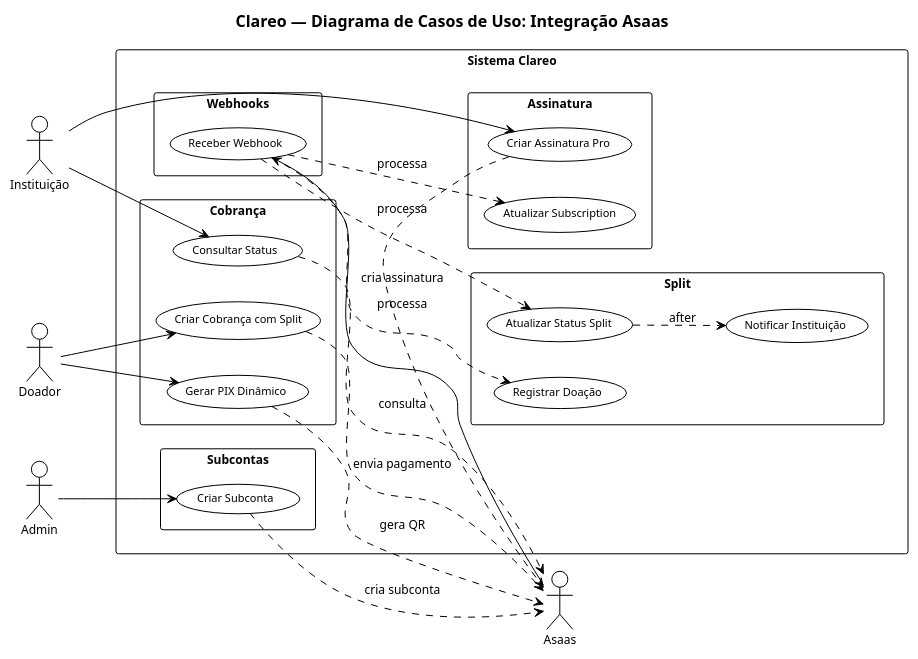
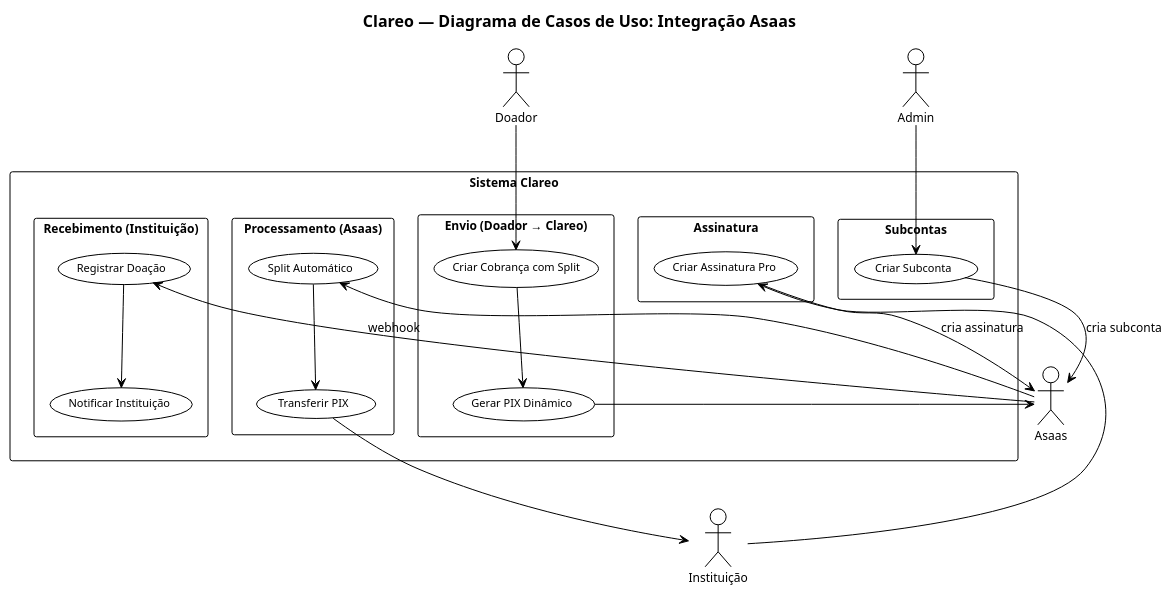
The diagram in doc/asaas/diagramas/05-INTEGRACAO-ASAAS.puml (GabrielHR0/clareo-api), drawn with PlantUML before and after one commit.

Commit message:
docs: simplificar diagrama integração Asaas - fluxo linear limpo

```diff
--- a/doc/asaas/diagramas/05-INTEGRACAO-ASAAS.puml
+++ b/doc/asaas/diagramas/05-INTEGRACAO-ASAAS.puml
@@ -1,71 +1,67 @@
 @startuml Clareo - Integracao Asaas
 !theme plain
 skinparam defaultFontName Arial
 skinparam defaultFontSize 12
 skinparam packageFontSize 13
 skinparam packageStyle rectangle
 skinparam useCaseFontSize 11
 skinparam actorFontSize 12
 skinparam titleFontSize 16
 skinparam titleFontStyle bold
 
 title Clareo — Diagrama de Casos de Uso: Integração Asaas
 
-left to right direction
-
 ' ===== Atores =====
 actor "Doador" as Donor
 actor "Instituição" as Institution
 actor "Admin" as Admin
 actor "Asaas" as Asaas
 
-' ===== Sistema =====
-rectangle "Sistema Clareo" {
+' ===== Fluxo de Cobrança =====
+rectangle "Sistema Clareo" as Clareo {
 
-  package "Cobrança" {
+  package "Envio (Doador → Clareo)" {
     usecase "Criar Cobrança com Split" as UC1
     usecase "Gerar PIX Dinâmico" as UC2
-    usecase "Consultar Status" as UC3
   }
 
-  package "Split" {
-    usecase "Registrar Doação" as UC4
-    usecase "Atualizar Status Split" as UC5
+  package "Processamento (Asaas)" {
+    usecase "Split Automático" as UC3
+    usecase "Transferir PIX" as UC4
+  }
+
+  package "Recebimento (Instituição)" {
+    usecase "Registrar Doação" as UC5
     usecase "Notificar Instituição" as UC6
   }
 
-  package "Assinatura" {
-    usecase "Criar Assinatura Pro" as UC7
-    usecase "Atualizar Subscription" as UC8
+  package "Subcontas" {
+    usecase "Criar Subconta" as UC7
   }
 
-  package "Webhooks" {
-    usecase "Receber Webhook" as UC9
-  }
-
-  package "Subcontas" {
-    usecase "Criar Subconta" as UC10
+  package "Assinatura" {
+    usecase "Criar Assinatura Pro" as UC8
   }
 }
 
-' ===== Conexões =====
-Admin --> UC10
+' ===== Fluxo Linear =====
 Donor --> UC1
-Donor --> UC2
-Institution --> UC3
-Institution --> UC7
+UC1 --> UC2
+UC2 --> Asaas
+Asaas --> UC3
+UC3 --> UC4
+UC4 --> Institution
 
-Asaas --> UC9
+' ===== Webhook =====
+Asaas --> UC5 : webhook
+UC5 --> UC6
 
-' ===== Relacionamentos =====
-UC1 ..> Asaas : envia pagamento
-UC2 ..> Asaas : gera QR
-UC10 ..> Asaas : cria subconta
-UC7 ..> Asaas : cria assinatura
-UC9 ..> UC4 : processa
-UC9 ..> UC5 : processa
-UC9 ..> UC8 : processa
-UC5 ..> UC6 : after
-UC3 ..> Asaas : consulta
+' ===== Admin =====
+Admin --> UC7
+UC7 --> Asaas : cria subconta
+
+' ===== Assinatura =====
+Institution --> UC8
+UC8 --> Asaas : cria assinatura
 
 @enduml
```
